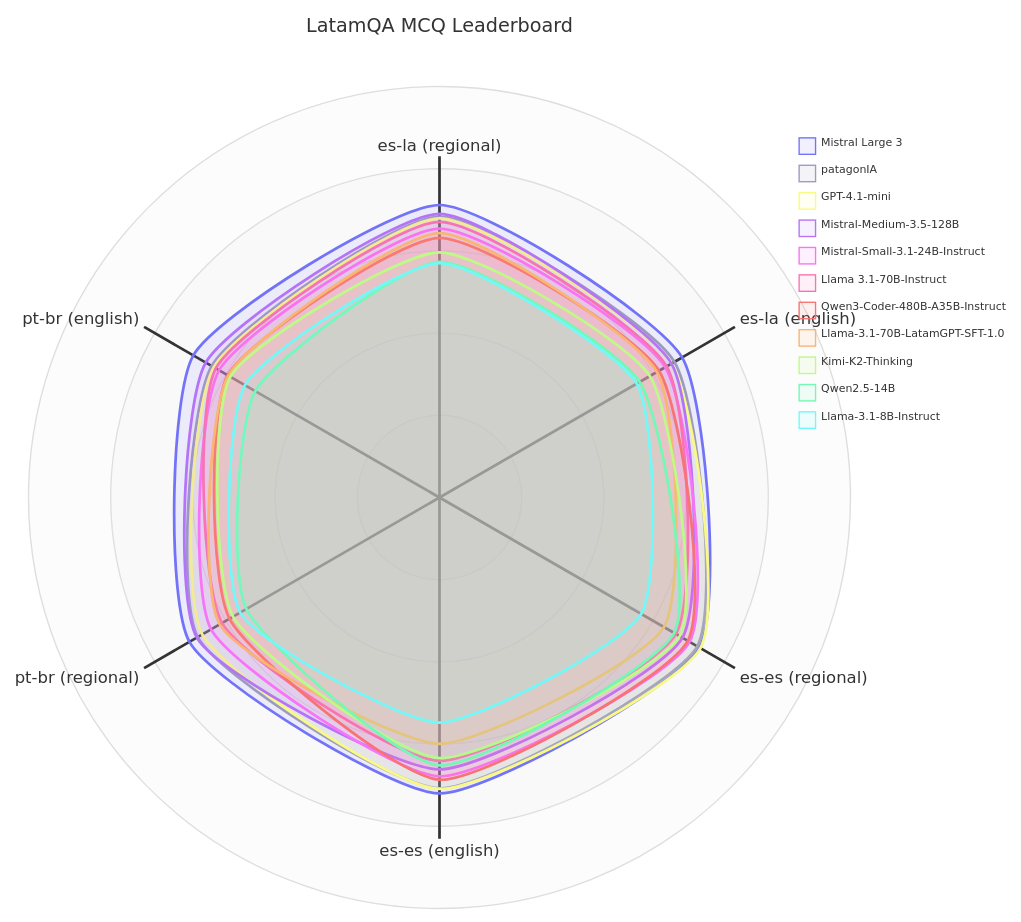
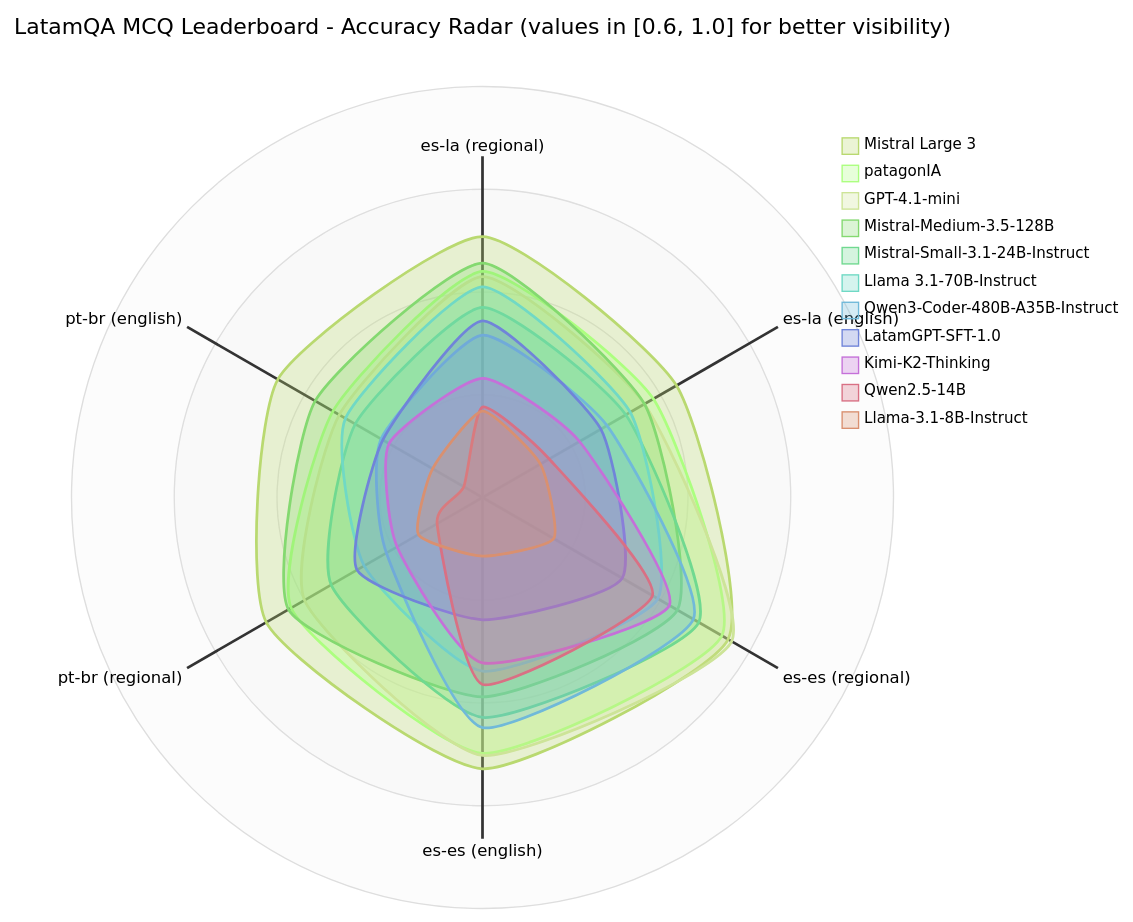
One commit to Inria-Chile/LatamQA changed the diagram in README.md. Above: the diagram before and after it, drawn with Mermaid. The commit also changed other lines of this file and 1 other file, not shown here.

Commit message:
leaderboard

````diff
--- a/README.md
+++ b/README.md
@@ -55,38 +56,37 @@
 ```mermaid
 ---
-title: LatamQA MCQ Leaderboard
+title: LatamQA MCQ Leaderboard - Accuracy Radar (values in [0.6, 1.0] for better visibility)
 config:
-  width: 1000
+  width: 600
   height: 600
-  theme: neo
+  theme: forest
   themeVariables:
-    mainBkg: #0d1117
-    background: #161b22
     radar:
-      curveOpacity: 0.11
-      legendFontSize: 8
+      curveOpacity: 0.29
       graticuleOpacity: 0.11
-      axisOpacity: 0.9
-      ticks: 10
+      legendBoxSize: 150
+      legendFontSize: 11
   radar:
       axisScaleFactor: 0.83
       axisLabelFactor: 0.83
+      axisLabelFontSize: 11pt
       curveTension: 0.092
 ---
 radar-beta
   axis a0["es-la (regional)"], a1["es-la (english)"], a2["es-es (regional)"], a3["es-es (english)"], a4["pt-br (regional)"], a5["pt-br (english)"]
   curve c0["Mistral Large 3"]{0.854, 0.818, 0.876, 0.864, 0.843, 0.830}
   curve c1["patagonIA"]{0.820, 0.792, 0.869, 0.849, 0.815, 0.768}
   curve c2["GPT-4.1-mini"]{0.815, 0.782, 0.880, 0.851, 0.800, 0.761}
   curve c3["Mistral-Medium-3.5-128B"]{0.828, 0.782, 0.819, 0.794, 0.818, 0.788}
   curve c4["Mistral-Small-3.1-24B-Instruct"]{0.785, 0.761, 0.843, 0.814, 0.770, 0.743}
   curve c5["Llama 3.1-70B-Instruct"]{0.805, 0.766, 0.797, 0.769, 0.733, 0.754}
   curve c6["Qwen3-Coder-480B-A35B-Instruct"]{0.758, 0.740, 0.837, 0.824, 0.708, 0.714}
-  curve c7["Llama-3.1-70B-LatamGPT-SFT-1.0"]{0.772, 0.733, 0.757, 0.719, 0.741, 0.712}
+  curve c7["LatamGPT-SFT-1.0"]{0.772, 0.733, 0.757, 0.719, 0.741, 0.712}
   curve c8["Kimi-K2-Thinking"]{0.716, 0.709, 0.810, 0.761, 0.696, 0.705}
   curve c9["Qwen2.5-14B"]{0.688, 0.675, 0.791, 0.782, 0.651, 0.621}
   curve c10["Llama-3.1-8B-Instruct"]{0.684, 0.665, 0.680, 0.657, 0.672, 0.656}
-
-  max 1.2
-  min 0
+  max 1.0
+  min 0.6
+  ticks 4
+  showLegend true
 ```
````
